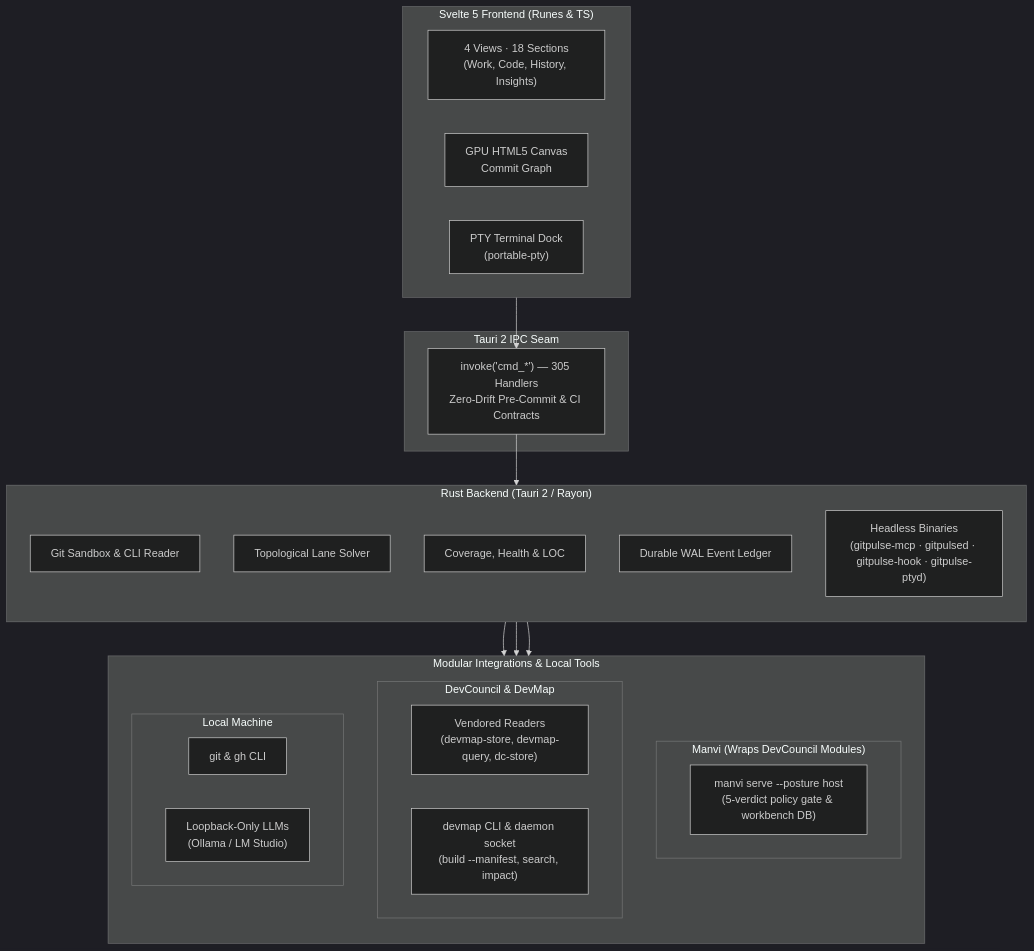
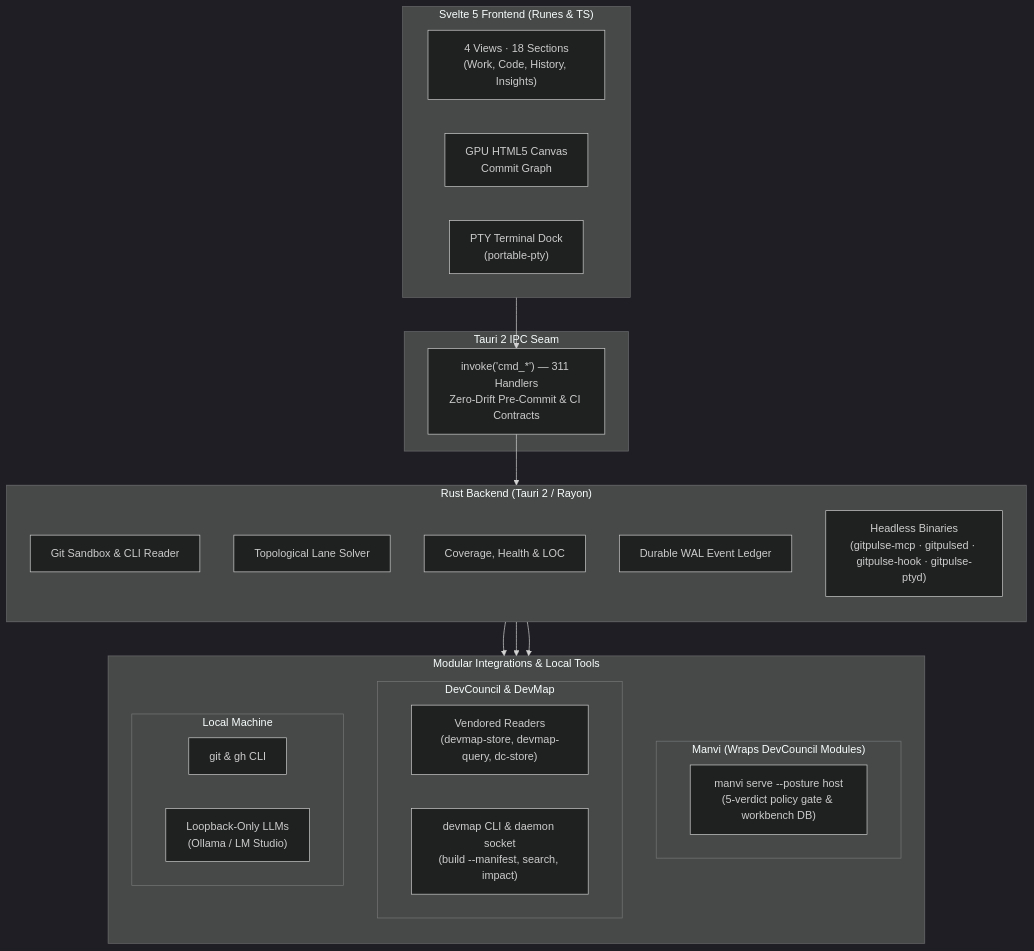
One commit to bharathvbcr/GitPulse changed the diagram in README.md. Above: the diagram before and after it, drawn with Mermaid (dark theme). The commit also changed 10 other files, not shown here.

````diff
--- a/README.md
+++ b/README.md
@@ -126,43 +126,43 @@
 ```mermaid
 flowchart TB
     subgraph Frontend["Svelte 5 Frontend (Runes & TS)"]
         direction LR
         Views["4 Views · 18 Sections<br/>(Work, Code, History, Insights)"]
         Canvas["GPU HTML5 Canvas<br/>Commit Graph"]
         TerminalDock["PTY Terminal Dock<br/>(portable-pty)"]
     end
 
     subgraph IPC["Tauri 2 IPC Seam"]
-        Bridge["invoke('cmd_*') — 305 Handlers<br/>Zero-Drift Pre-Commit & CI Contracts"]
+        Bridge["invoke('cmd_*') — 311 Handlers<br/>Zero-Drift Pre-Commit & CI Contracts"]
     end
 
     subgraph Backend["Rust Backend (Tauri 2 / Rayon)"]
         direction TB
         GitEngine["Git Sandbox & CLI Reader"]
         LaneSolver["Topological Lane Solver"]
         Analyzers["Coverage, Health & LOC"]
         Ledger["Durable WAL Event Ledger"]
         Headless["Headless Binaries<br/>(gitpulse-mcp · gitpulsed · gitpulse-hook · gitpulse-ptyd)"]
     end
 
     subgraph Integrations["Modular Integrations & Local Tools"]
         direction TB
         subgraph ManviWrap["Manvi (Wraps DevCouncil Modules)"]
             ManviSidecar["manvi serve --posture host<br/>(5-verdict policy gate & workbench DB)"]
         end
         subgraph DevCouncilMods["DevCouncil & DevMap"]
             Vendored["Vendored Readers<br/>(devmap-store, devmap-query, dc-store)"]
             DevMapCLI["devmap CLI & daemon socket<br/>(build --manifest, search, impact)"]
         end
         subgraph LocalTools["Local Machine"]
             CLI["git & gh CLI"]
             LocalLLM["Loopback-Only LLMs<br/>(Ollama / LM Studio)"]
         end
     end
 
     Frontend --> Bridge
     Bridge --> Backend
     Backend --> ManviWrap
     Backend --> DevCouncilMods
     Backend --> LocalTools
 ```
````
